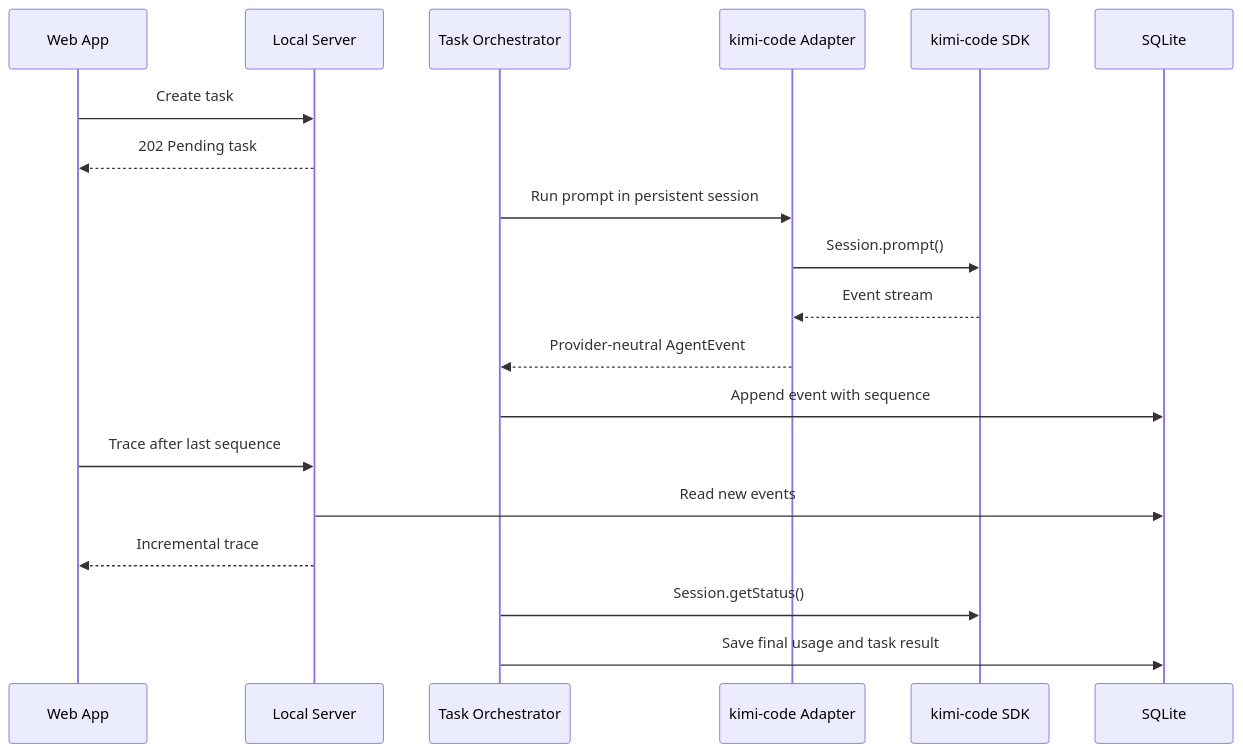
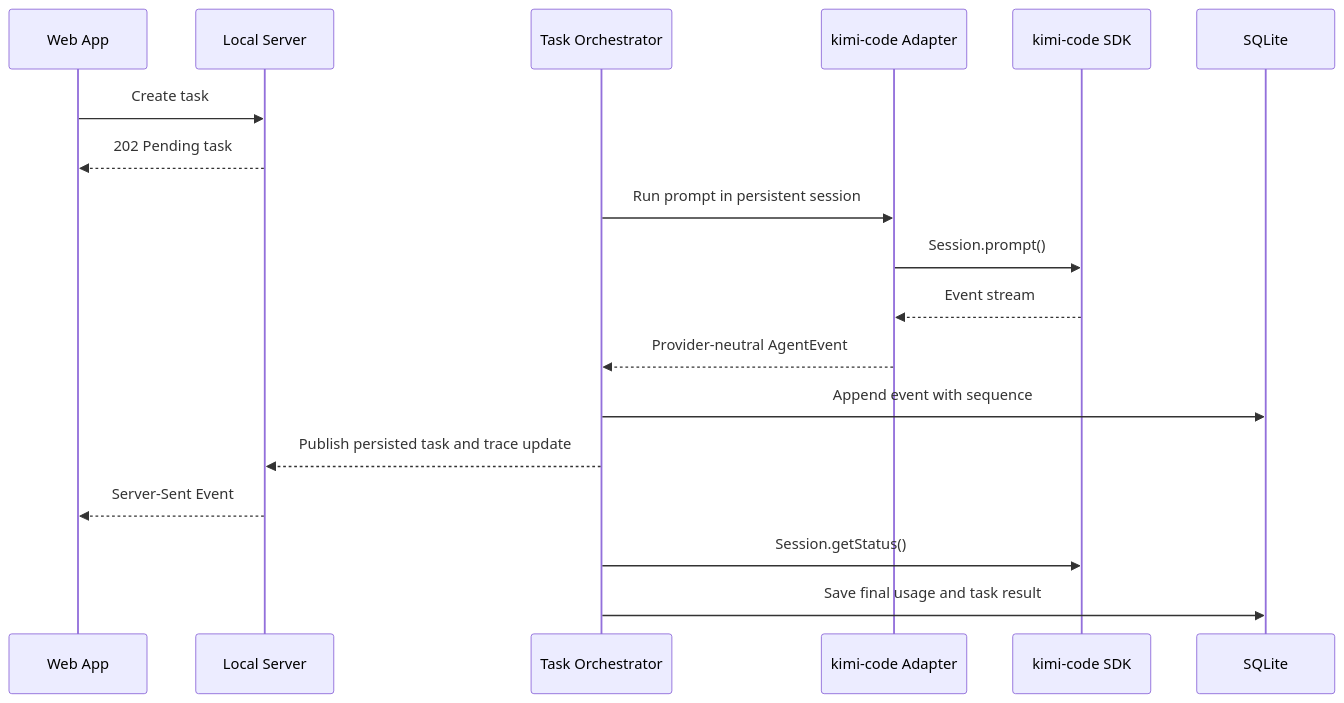
Before and after one commit to SureD/babybot: the second of 3 diagrams in docs/ARCHITECTURE.md, drawn with Mermaid. The commit also changed other lines of this file and 14 other files, not shown here.

````diff
--- a/docs/ARCHITECTURE.md
+++ b/docs/ARCHITECTURE.md
@@ -129,22 +131,21 @@
 ```mermaid
 sequenceDiagram
     participant UI as Web App
     participant API as Local Server
     participant Core as Task Orchestrator
     participant Adapter as kimi-code Adapter
     participant SDK as kimi-code SDK
     participant DB as SQLite
 
     UI->>API: Create task
     API-->>UI: 202 Pending task
     Core->>Adapter: Run prompt in persistent session
     Adapter->>SDK: Session.prompt()
     SDK-->>Adapter: Event stream
     Adapter-->>Core: Provider-neutral AgentEvent
     Core->>DB: Append event with sequence
-    UI->>API: Trace after last sequence
-    API->>DB: Read new events
-    API-->>UI: Incremental trace
+    Core-->>API: Publish persisted task and trace update
+    API-->>UI: Server-Sent Event
     Core->>SDK: Session.getStatus()
     Core->>DB: Save final usage and task result
 ```
````
